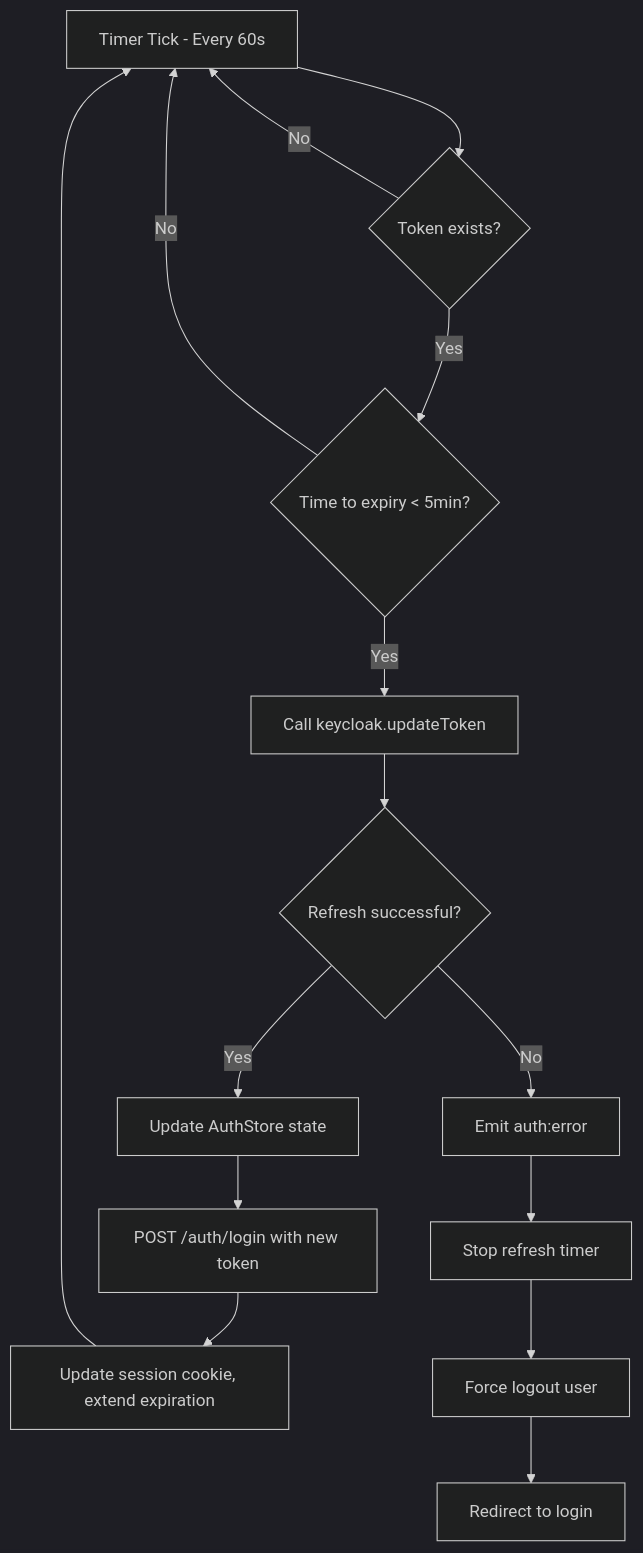
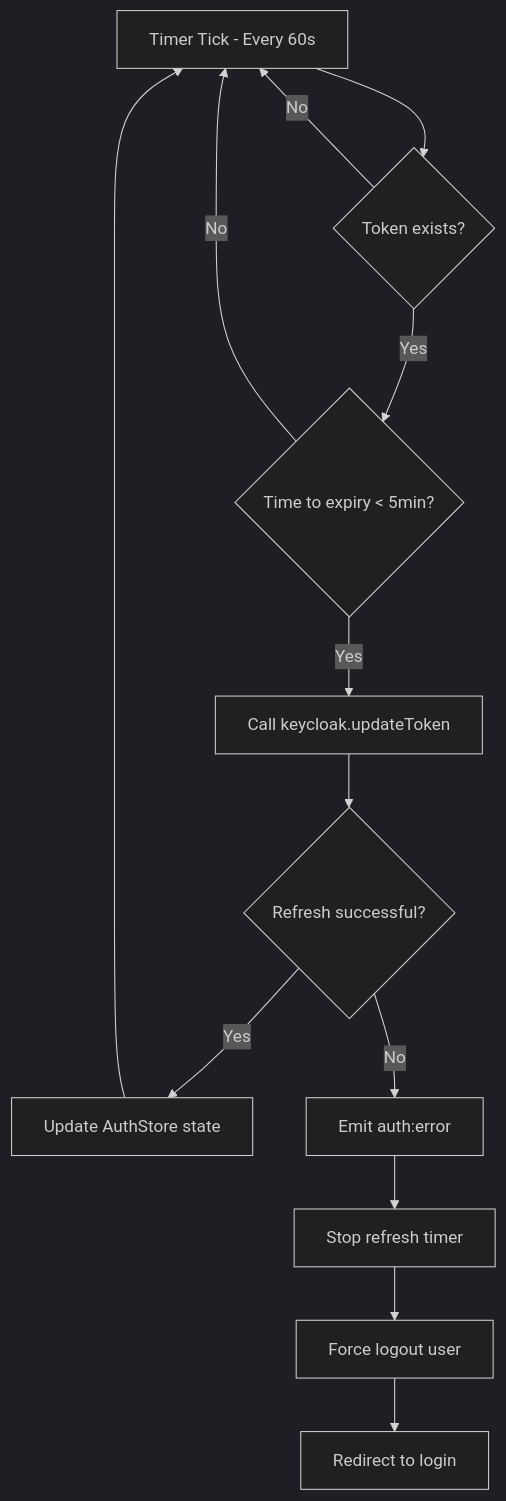
The fourth of 8 diagrams in docs/AUTHENTICATION_FLOW.md (ewilhelmy-resolve/resolve-prototypes), drawn with Mermaid (dark theme) before and after one commit. The commit also changed other lines of this file and 5 other files, not shown here.

````diff
--- a/docs/AUTHENTICATION_FLOW.md
+++ b/docs/AUTHENTICATION_FLOW.md
@@ -261,17 +262,15 @@
 ```mermaid
 flowchart TD
     A[Timer Tick - Every 60s] --> B{Token exists?}
     B -->|No| A
     B -->|Yes| C{Time to expiry < 5min?}
     C -->|No| A
     C -->|Yes| D[Call keycloak.updateToken]
     D --> E{Refresh successful?}
     E -->|Yes| F[Update AuthStore state]
-    F --> G[POST /auth/login with new token]
-    G --> H[Update session cookie, extend expiration]
-    H --> A
+    F --> A
     E -->|No| I[Emit auth:error]
     I --> J[Stop refresh timer]
     J --> K[Force logout user]
     K --> L[Redirect to login]
 ```
````
